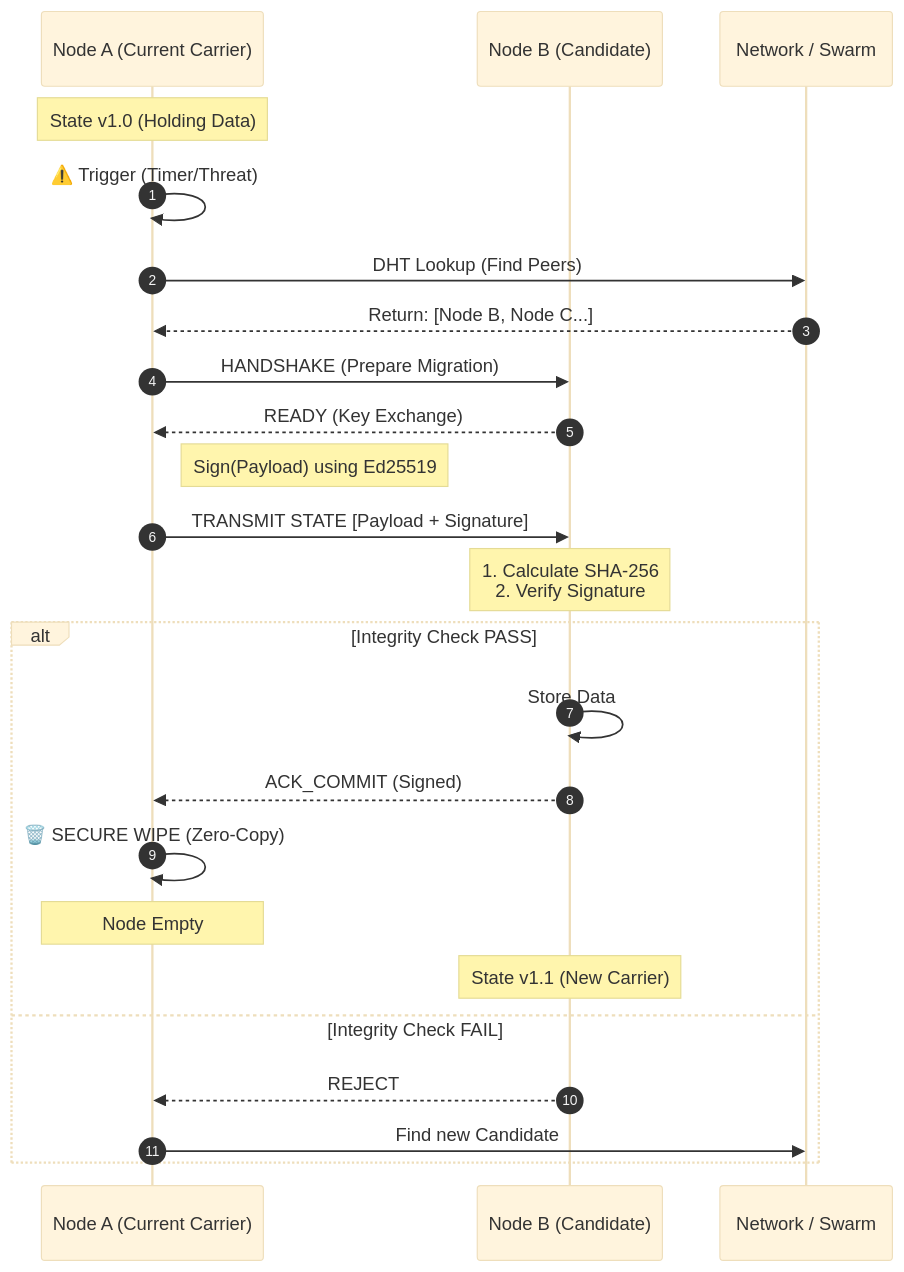
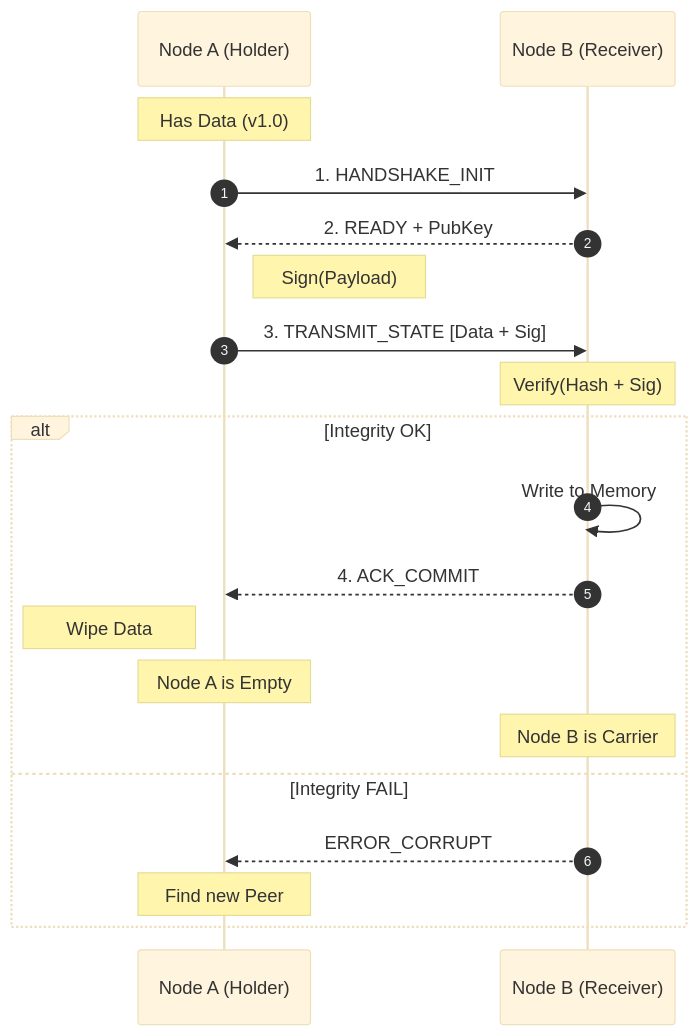
The second of 2 diagrams in README.md (dododbobovo-commits/wdp), drawn with Mermaid (base theme) before and after one commit. The commit also changed other lines of this file, not shown here.

````diff
--- a/README.md
+++ b/README.md
@@ -40,32 +47,28 @@
 ```mermaid
 sequenceDiagram
     autonumber
-    participant A as Node A (Current Carrier)
-    participant B as Node B (Candidate)
-    participant N as Network / Swarm
+    participant A as Node A (Holder)
+    participant B as Node B (Receiver)
 
-    Note over A: State v1.0 (Holding Data)
+    Note over A: Has Data (v1.0)
 
-    A->>A: ⚠️ Trigger (Timer/Threat)
-    A->>N: DHT Lookup (Find Peers)
-    N-->>A: Return: [Node B, Node C...]
+    A->>B: 1. HANDSHAKE_INIT
+    B-->>A: 2. READY + PubKey
+
+    Note right of A: Sign(Payload)
+    A->>B: 3. TRANSMIT_STATE [Data + Sig]
+
+    Note over B: Verify(Hash + Sig)
     
-    A->>B: HANDSHAKE (Prepare Migration)
-    B-->>A: READY (Key Exchange)
-
-    Note right of A: Sign(Payload) using Ed25519
-    A->>B: TRANSMIT STATE [Payload + Signature]
-
-    Note over B: 1. Calculate SHA-256<br/>2. Verify Signature
-    
-    alt Integrity Check PASS
-        B->>B: Store Data
-        B-->>A: ACK_COMMIT (Signed)
-        A->>A: 🗑️ SECURE WIPE (Zero-Copy)
-        Note over A: Node Empty
-        Note over B: State v1.1 (New Carrier)
-    else Integrity Check FAIL
-        B-->>A: REJECT
-        A->>N: Find new Candidate
+    alt Integrity OK
+        B->>B: Write to Memory
+        B-->>A: 4. ACK_COMMIT
+        
+        Note left of A: Wipe Data
+        Note over A: Node A is Empty
+        Note over B: Node B is Carrier
+    else Integrity FAIL
+        B-->>A: ERROR_CORRUPT
+        Note over A: Find new Peer
     end
 ```
````
